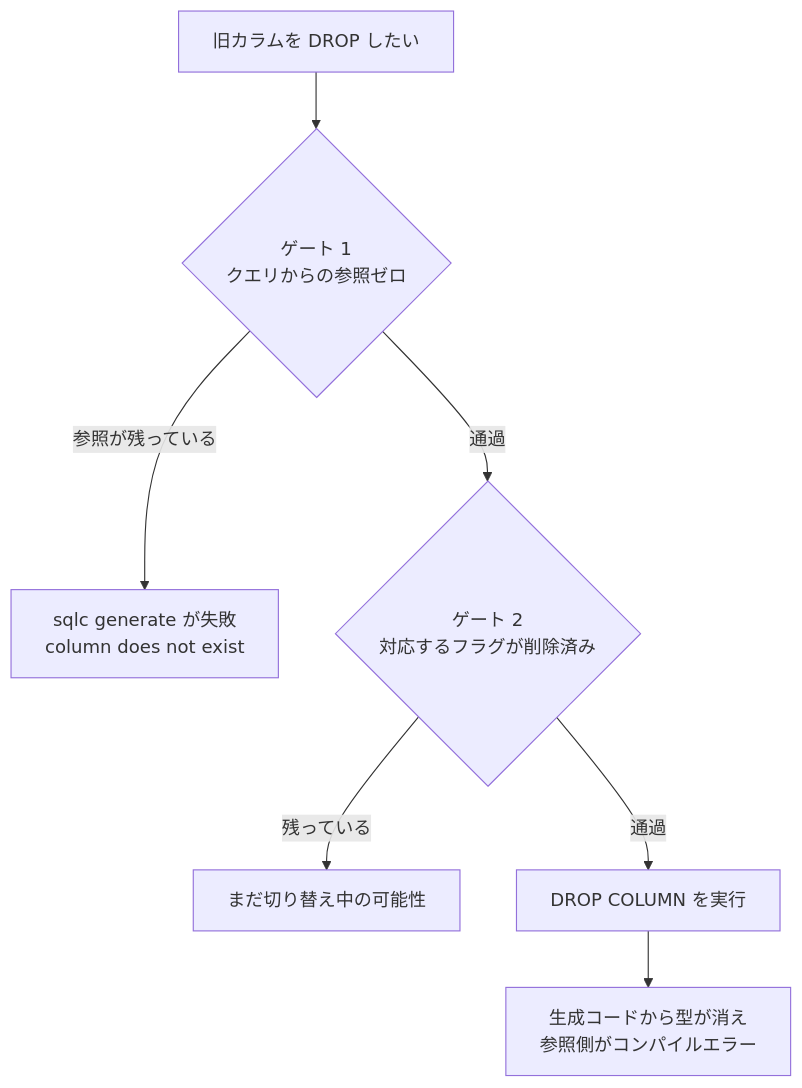
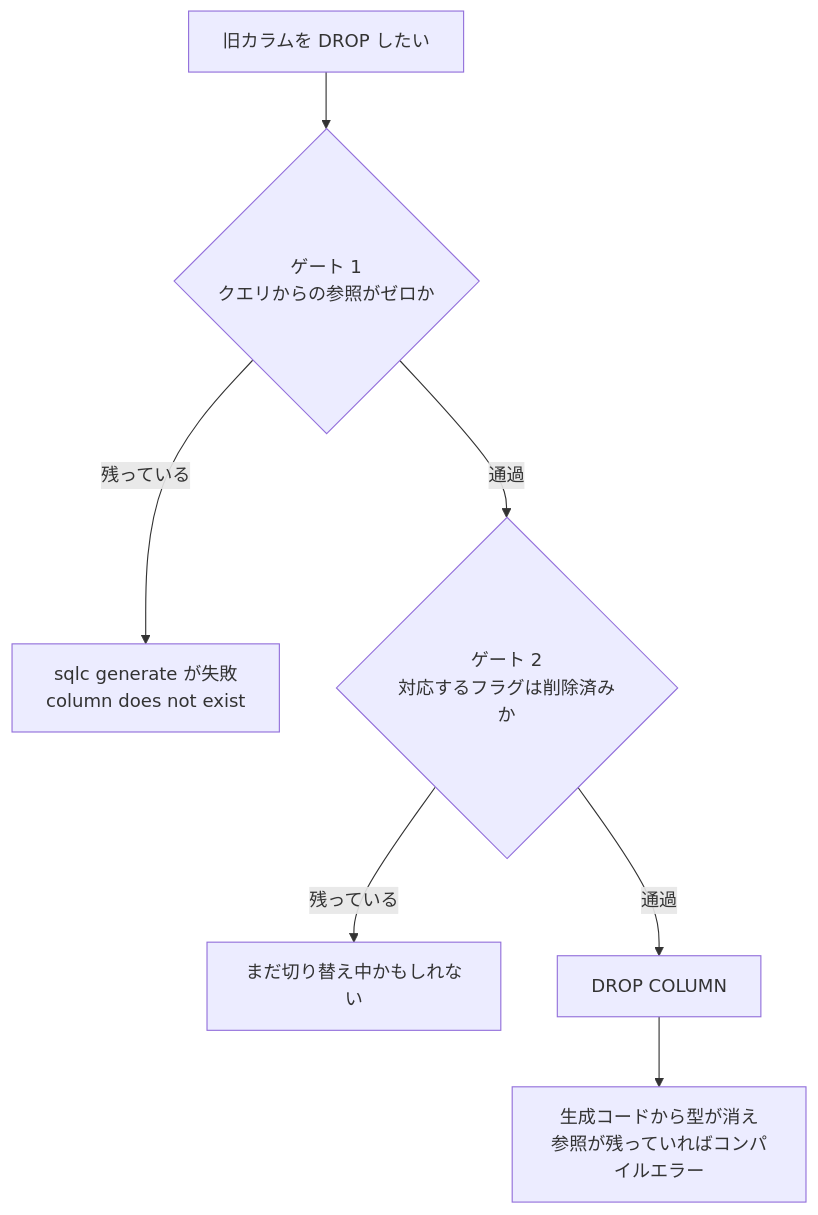
One commit to rikukaInoue/rikukadev changed the seventh of 14 diagrams in src/content/blog/online-migration-and-deploy-isolation.mdx. Above: the diagram before and after it, drawn with Mermaid. The commit also changed other lines of this file, not shown here.

````diff
--- a/src/content/blog/online-migration-and-deploy-isolation.mdx
+++ b/src/content/blog/online-migration-and-deploy-isolation.mdx
@@ -204,9 +322,9 @@
 ```mermaid
 graph TB
-    Want["旧カラムを DROP したい"] --> G1{"ゲート 1<br/>クエリからの参照ゼロ"}
-    G1 -->|"参照が残っている"| X1["sqlc generate が失敗<br/>column does not exist"]
-    G1 -->|"通過"| G2{"ゲート 2<br/>対応するフラグが削除済み"}
-    G2 -->|"残っている"| X2["まだ切り替え中の可能性"]
-    G2 -->|"通過"| OK["DROP COLUMN を実行"]
-    OK --> Cmp["生成コードから型が消え<br/>参照側がコンパイルエラー"]
+    Want["旧カラムを DROP したい"] --> G1{"ゲート 1<br/>クエリからの参照がゼロか"}
+    G1 -->|"残っている"| X1["sqlc generate が失敗<br/>column does not exist"]
+    G1 -->|"通過"| G2{"ゲート 2<br/>対応するフラグは削除済みか"}
+    G2 -->|"残っている"| X2["まだ切り替え中かもしれない"]
+    G2 -->|"通過"| OK["DROP COLUMN"]
+    OK --> Cmp["生成コードから型が消え<br/>参照が残っていればコンパイルエラー"]
 ```
````
